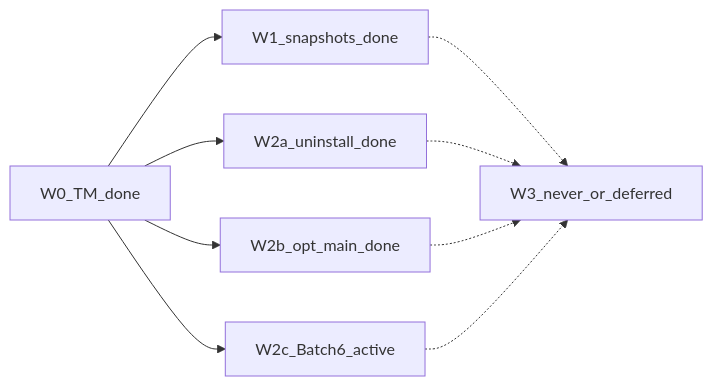
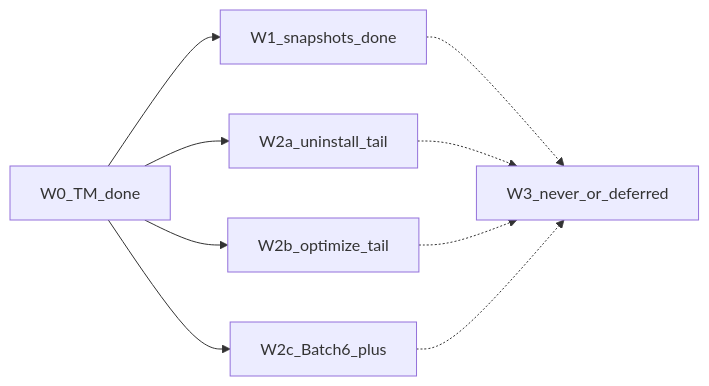
The diagram in docs/wukong-code/specs/2026-08-08-0119-mole-parity-roadmap-design.md (wukongnotnull/vole), drawn with Mermaid before and after one commit. The commit also changed other lines of this file and 1 other file, not shown here.

First line of the commit message:
docs: add Mole parity roadmap snapshot for 1.41.0 closeout

````diff
--- a/docs/wukong-code/specs/2026-08-08-0119-mole-parity-roadmap-design.md
+++ b/docs/wukong-code/specs/2026-08-08-0119-mole-parity-roadmap-design.md
@@ -18,17 +18,17 @@
 ```mermaid
 flowchart LR
   W0[W0_TM_done]
   W1[W1_snapshots_done]
-  W2a[W2a_uninstall_done]
-  W2b[W2b_opt_main_done]
-  W2c[W2c_Batch6_active]
+  W2a[W2a_uninstall_tail]
+  W2b[W2b_optimize_tail]
+  W2c[W2c_Batch6_plus]
   W3[W3_never_or_deferred]
   W0 --> W1
   W0 --> W2a
   W0 --> W2b
   W0 --> W2c
   W1 -.-> W3
   W2a -.-> W3
   W2b -.-> W3
   W2c -.-> W3
 ```
````
